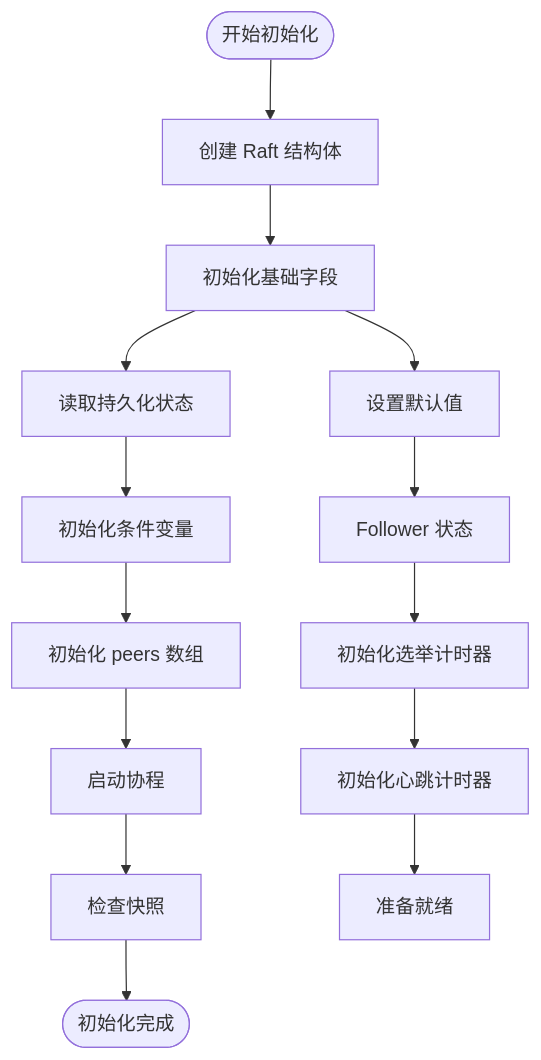
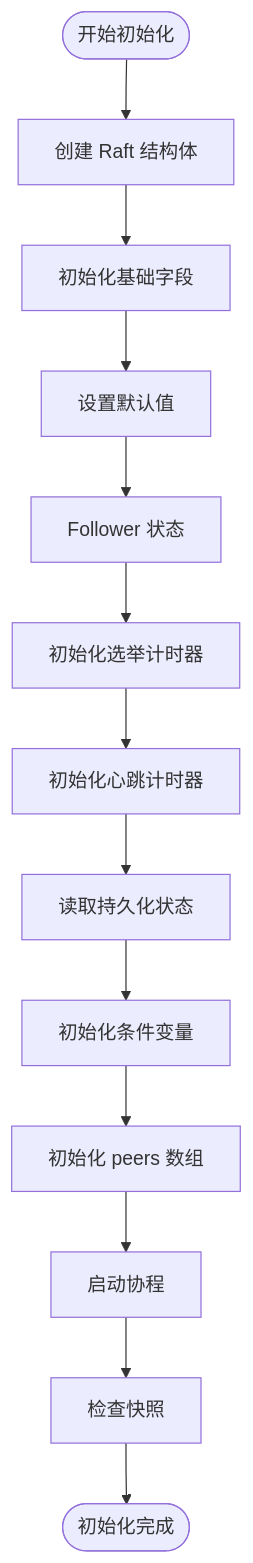
The sixth of 8 diagrams in wiki/Raft 共识算法/Raft 实现细节/数据结构设计.md (eraft-io/eraft), drawn with Mermaid before and after one commit. The commit also changed other lines of this file and 35 other files, not shown here.

````diff
--- a/wiki/Raft 共识算法/Raft 实现细节/数据结构设计.md
+++ b/wiki/Raft 共识算法/Raft 实现细节/数据结构设计.md
@@ -298,16 +298,15 @@
 ```mermaid
 flowchart TD
 START([开始初始化]) --> CREATE_STRUCT[创建 Raft 结构体]
 CREATE_STRUCT --> INIT_BASE_FIELDS[初始化基础字段]
-INIT_BASE_FIELDS --> READ_PERSIST[读取持久化状态]
+INIT_BASE_FIELDS --> SET_DEFAULTS[设置默认值]
+SET_DEFAULTS --> Follower[Follower 状态]
+Follower --> InitElectionTimer[初始化选举计时器]
+InitElectionTimer --> InitHeartbeatTimer[初始化心跳计时器]
+InitHeartbeatTimer --> READ_PERSIST[读取持久化状态]
 READ_PERSIST --> INIT_COND_VARS[初始化条件变量]
 INIT_COND_VARS --> INIT_PEER_ARRAYS[初始化 peers 数组]
 INIT_PEER_ARRAYS --> START_GOROUTINES[启动协程]
 START_GOROUTINES --> CHECK_SNAPSHOT[检查快照]
 CHECK_SNAPSHOT --> READY([初始化完成])
-INIT_BASE_FIELDS --> SET_DEFAULTS[设置默认值]
-SET_DEFAULTS --> Follower[Follower 状态]
-Follower --> InitElectionTimer[初始化选举计时器]
-InitElectionTimer --> InitHeartbeatTimer[初始化心跳计时器]
-InitHeartbeatTimer --> Ready[准备就绪]
 ```
````
